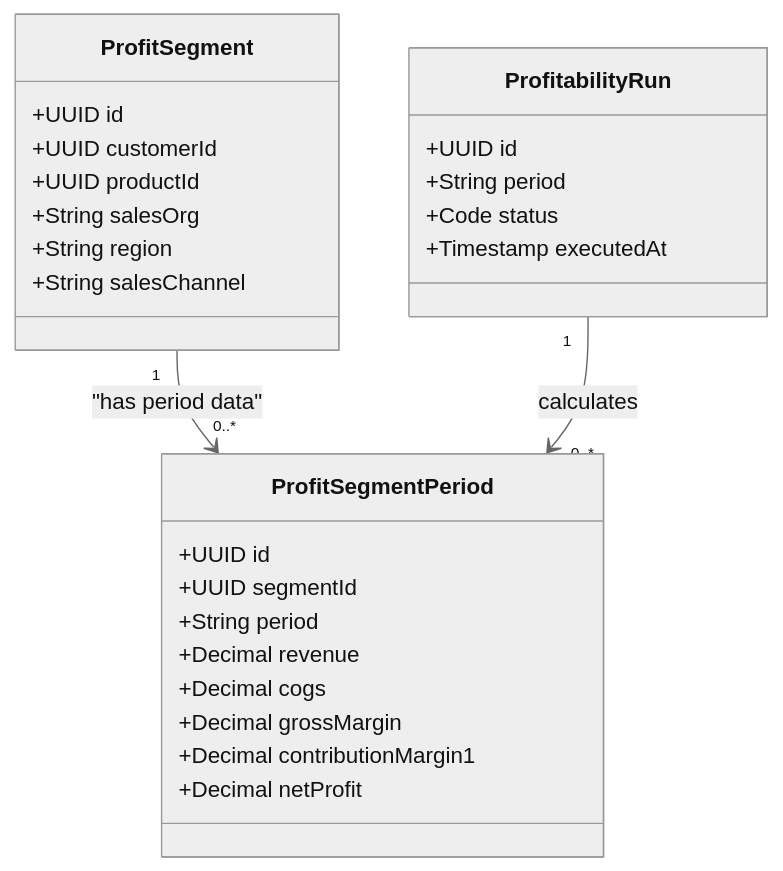
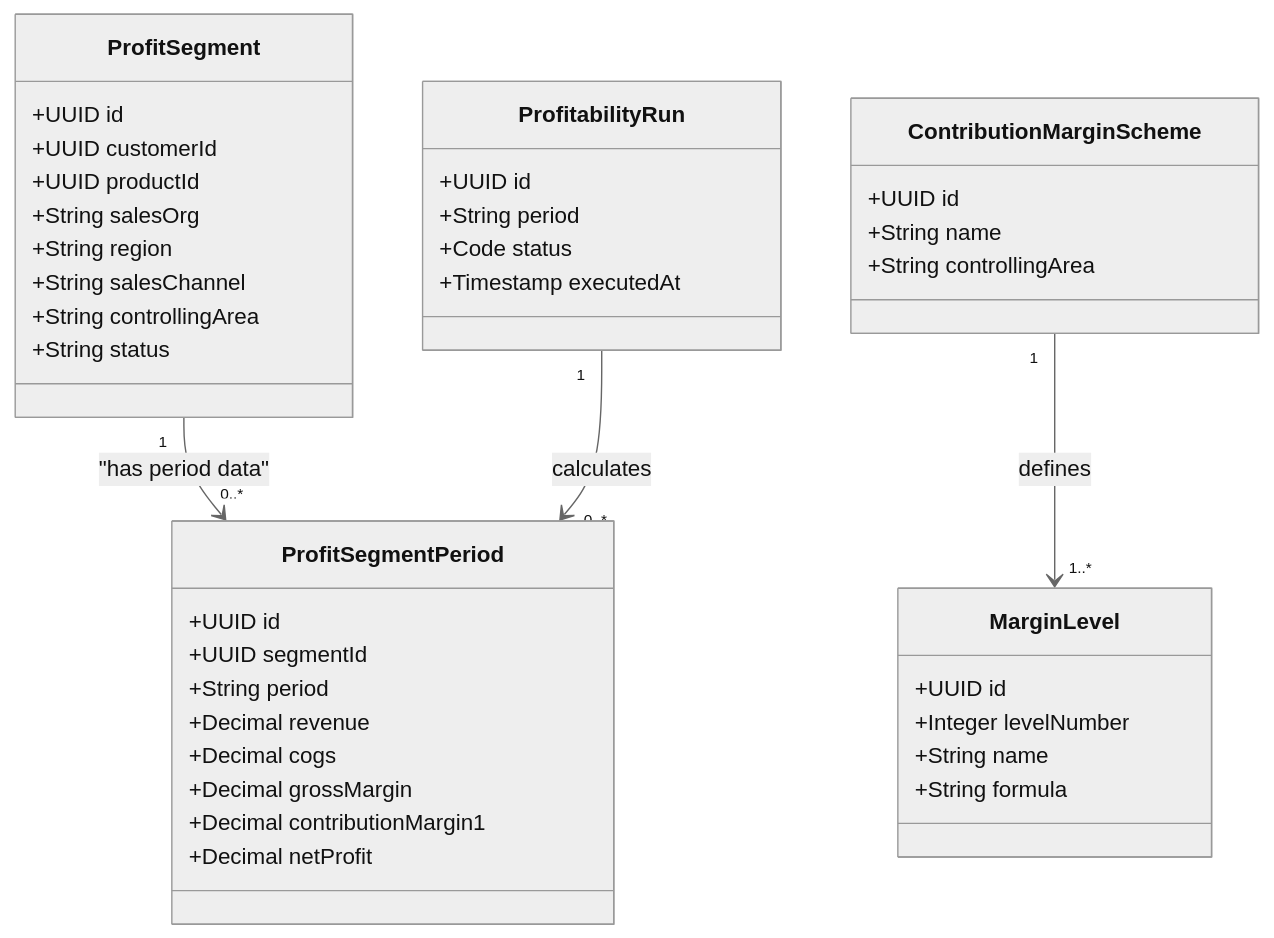
Before and after one commit to openleap-io/io.openleap.dev.spec: the second of 5 diagrams in T3_Domains/CO/domain-specs/co_pa-spec.md, drawn with Mermaid (neutral theme). The commit also changed other lines of this file and 54 other files, not shown here.

````diff
--- a/T3_Domains/CO/domain-specs/co_pa-spec.md
+++ b/T3_Domains/CO/domain-specs/co_pa-spec.md
@@ -174,29 +203,43 @@
 ```mermaid
 classDiagram
     class ProfitSegment {
         +UUID id
         +UUID customerId
         +UUID productId
         +String salesOrg
         +String region
         +String salesChannel
+        +String controllingArea
+        +String status
     }
     class ProfitSegmentPeriod {
         +UUID id
         +UUID segmentId
         +String period
         +Decimal revenue
         +Decimal cogs
         +Decimal grossMargin
         +Decimal contributionMargin1
         +Decimal netProfit
     }
     class ProfitabilityRun {
         +UUID id
         +String period
         +Code status
         +Timestamp executedAt
     }
+    class ContributionMarginScheme {
+        +UUID id
+        +String name
+        +String controllingArea
+    }
+    class MarginLevel {
+        +UUID id
+        +Integer levelNumber
+        +String name
+        +String formula
+    }
     ProfitSegment "1" --> "0..*" ProfitSegmentPeriod : "has period data"
     ProfitabilityRun "1" --> "0..*" ProfitSegmentPeriod : calculates
+    ContributionMarginScheme "1" --> "1..*" MarginLevel : defines
 ```
````
